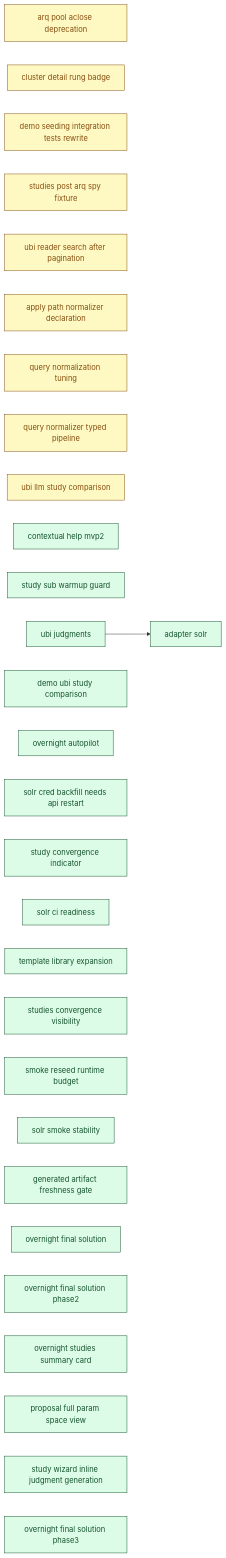
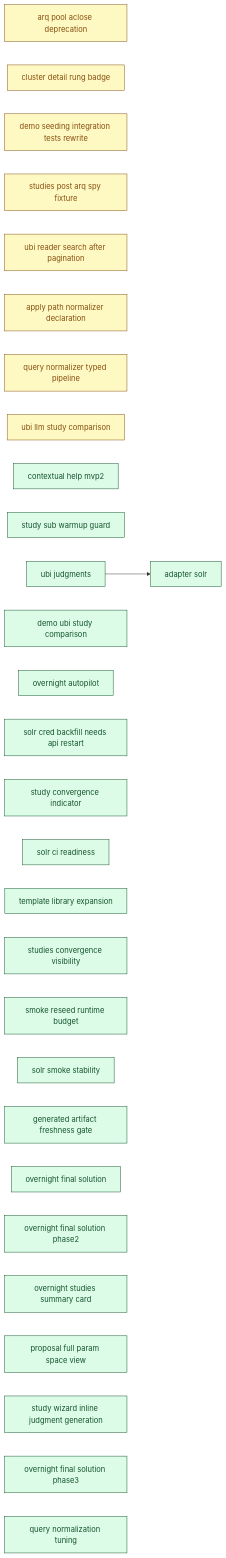
One commit to SoundMindsAI/relyloop changed the diagram in docs/00_overview/MVP2_DASHBOARD.md. Above: the diagram before and after it, drawn with Mermaid. The commit also changed other lines of this file and 9 other files, not shown here.

First line of the commit message:
docs: finalize feat_query_normalization_tuning (PR #459 merged) (#460)

````diff
--- a/docs/00_overview/MVP2_DASHBOARD.md
+++ b/docs/00_overview/MVP2_DASHBOARD.md
@@ -114,67 +114,67 @@
 ```mermaid
 graph LR
   classDef done fill:#dcfce7,stroke:#14532d,color:#14532d;
   classDef implement fill:#ffedd5,stroke:#9a3412,color:#9a3412;
   classDef plan fill:#fef9c3,stroke:#854d0e,color:#854d0e;
   classDef spec fill:#dbeafe,stroke:#1e40af,color:#1e40af;
   classDef idea fill:#f1f5f9,stroke:#334155,color:#334155;
   chore_arq_pool_aclose_deprecation["arq pool aclose deprecation"]
   class chore_arq_pool_aclose_deprecation plan;
   chore_cluster_detail_rung_badge["cluster detail rung badge"]
   class chore_cluster_detail_rung_badge plan;
   chore_demo_seeding_integration_tests_rewrite["demo seeding integration tests rewrite"]
   class chore_demo_seeding_integration_tests_rewrite plan;
   chore_studies_post_arq_spy_fixture["studies post arq spy fixture"]
   class chore_studies_post_arq_spy_fixture plan;
   chore_ubi_reader_search_after_pagination["ubi reader search after pagination"]
   class chore_ubi_reader_search_after_pagination plan;
   feat_apply_path_normalizer_declaration["apply path normalizer declaration"]
   class feat_apply_path_normalizer_declaration plan;
-  feat_query_normalization_tuning["query normalization tuning"]
-  class feat_query_normalization_tuning plan;
   feat_query_normalizer_typed_pipeline["query normalizer typed pipeline"]
   class feat_query_normalizer_typed_pipeline plan;
   feat_ubi_llm_study_comparison["ubi llm study comparison"]
   class feat_ubi_llm_study_comparison plan;
   feat_contextual_help_mvp2["contextual help mvp2"]
   class feat_contextual_help_mvp2 done;
   feat_study_sub_warmup_guard["study sub warmup guard"]
   class feat_study_sub_warmup_guard done;
   feat_ubi_judgments["ubi judgments"]
   class feat_ubi_judgments done;
   feat_demo_ubi_study_comparison["demo ubi study comparison"]
   class feat_demo_ubi_study_comparison done;
   feat_overnight_autopilot["overnight autopilot"]
   class feat_overnight_autopilot done;
   infra_adapter_solr["adapter solr"]
   class infra_adapter_solr done;
   chore_solr_cred_backfill_needs_api_restart["solr cred backfill needs api restart"]
   class chore_solr_cred_backfill_needs_api_restart done;
   feat_study_convergence_indicator["study convergence indicator"]
   class feat_study_convergence_indicator done;
   infra_solr_ci_readiness["solr ci readiness"]
   class infra_solr_ci_readiness done;
   chore_template_library_expansion["template library expansion"]
   class chore_template_library_expansion done;
   feat_studies_convergence_visibility["studies convergence visibility"]
   class feat_studies_convergence_visibility done;
   infra_smoke_reseed_runtime_budget["smoke reseed runtime budget"]
   class infra_smoke_reseed_runtime_budget done;
   infra_solr_smoke_stability["solr smoke stability"]
   class infra_solr_smoke_stability done;
   infra_generated_artifact_freshness_gate["generated artifact freshness gate"]
   class infra_generated_artifact_freshness_gate done;
   feat_overnight_final_solution["overnight final solution"]
   class feat_overnight_final_solution done;
   feat_overnight_final_solution_phase2["overnight final solution phase2"]
   class feat_overnight_final_solution_phase2 done;
   feat_overnight_studies_summary_card["overnight studies summary card"]
   class feat_overnight_studies_summary_card done;
   feat_proposal_full_param_space_view["proposal full param space view"]
   class feat_proposal_full_param_space_view done;
   feat_study_wizard_inline_judgment_generation["study wizard inline judgment generation"]
   class feat_study_wizard_inline_judgment_generation done;
   feat_overnight_final_solution_phase3["overnight final solution phase3"]
   class feat_overnight_final_solution_phase3 done;
+  feat_query_normalization_tuning["query normalization tuning"]
+  class feat_query_normalization_tuning done;
   feat_ubi_judgments --> infra_adapter_solr
 ```
````
